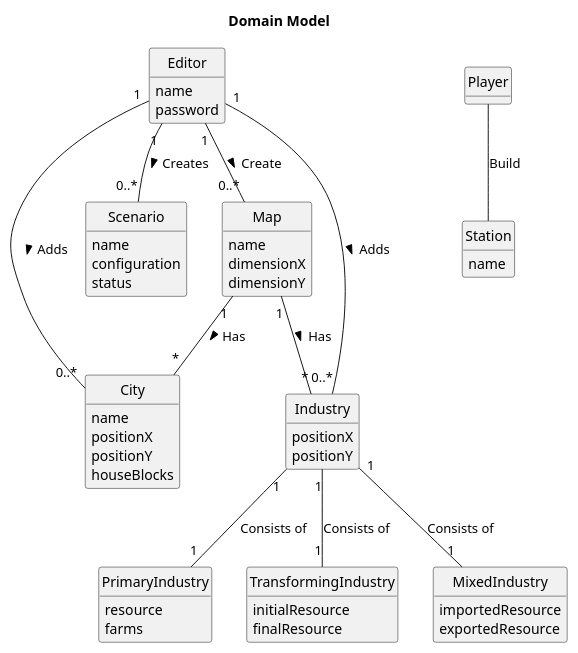
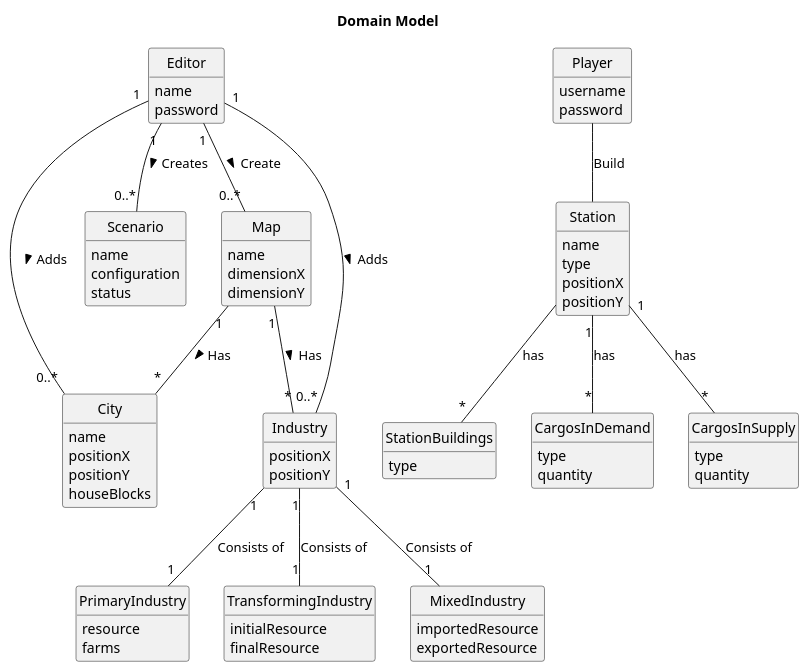
Before and after one commit to bruno-monteiro5/sem2-pi-24.25-g132-repo: the diagram in docs/system-documentation/global-artifacts/02.analysis/puml/DM.puml, drawn with PlantUML. The commit also changed 3 other files, not shown here.

```diff
--- a/docs/system-documentation/global-artifacts/02.analysis/puml/DM.puml
+++ b/docs/system-documentation/global-artifacts/02.analysis/puml/DM.puml
@@ -1,79 +1,99 @@
 @startuml
 skinparam monochrome true
 skinparam packageStyle rectangle
 skinparam shadowing false
 'skinparam linetype ortho
 'left to right direction
 skinparam classAttributeIconSize 0
 hide circle
 hide methods
 title Domain Model
 
 class Editor {
 name
 password
 }
 
 class Map {
 name
 dimensionX
 dimensionY
  }
 
 class Scenario {
 name
 configuration
 status
 }
 
 
 class City {
 name
 positionX
 positionY
 houseBlocks
 }
 
 class Industry {
 positionX
 positionY
 }
 
 class PrimaryIndustry {
     resource
     farms
 }
 
 class TransformingIndustry {
     initialResource
     finalResource
 }
 
 class MixedIndustry {
     importedResource
     exportedResource
 }
 
 class Player {
+    username
+    password
 }
 
 class Station {
-name
+    name
+    type
+    positionX
+    positionY
+}
+
+class StationBuildings {
+    type
+}
+class CargosInDemand {
+    type
+    quantity
+}
+class CargosInSupply {
+    type
+    quantity
 }
 
 
 
 Editor "1" -- "0..*" Map : Create >
 Editor "1" -- "0..*" Industry : Adds >
 Editor "1" -- "0..*" City : Adds >
 Editor "1" -- "0..*" Scenario : Creates >
 
 Map "1" -- "*" Industry : Has >
 Map "1" -- "*" City : Has >
 
 Industry "1" -- "1" PrimaryIndustry : Consists of
 Industry "1" -- "1" TransformingIndustry : Consists of
 Industry "1" -- "1" MixedIndustry : Consists of
 
 Player -- Station : Build
+Station -- "*" StationBuildings : has
+Station "1" -- "*" CargosInDemand : has
+Station "1" -- "*" CargosInSupply : has
 @enduml
```
